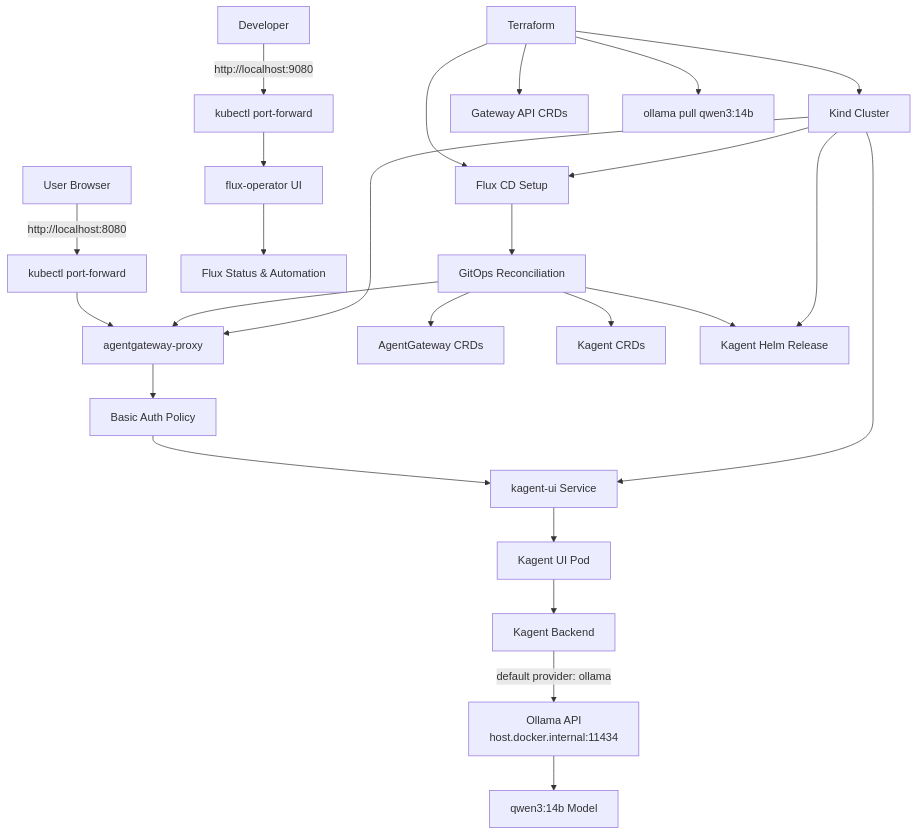
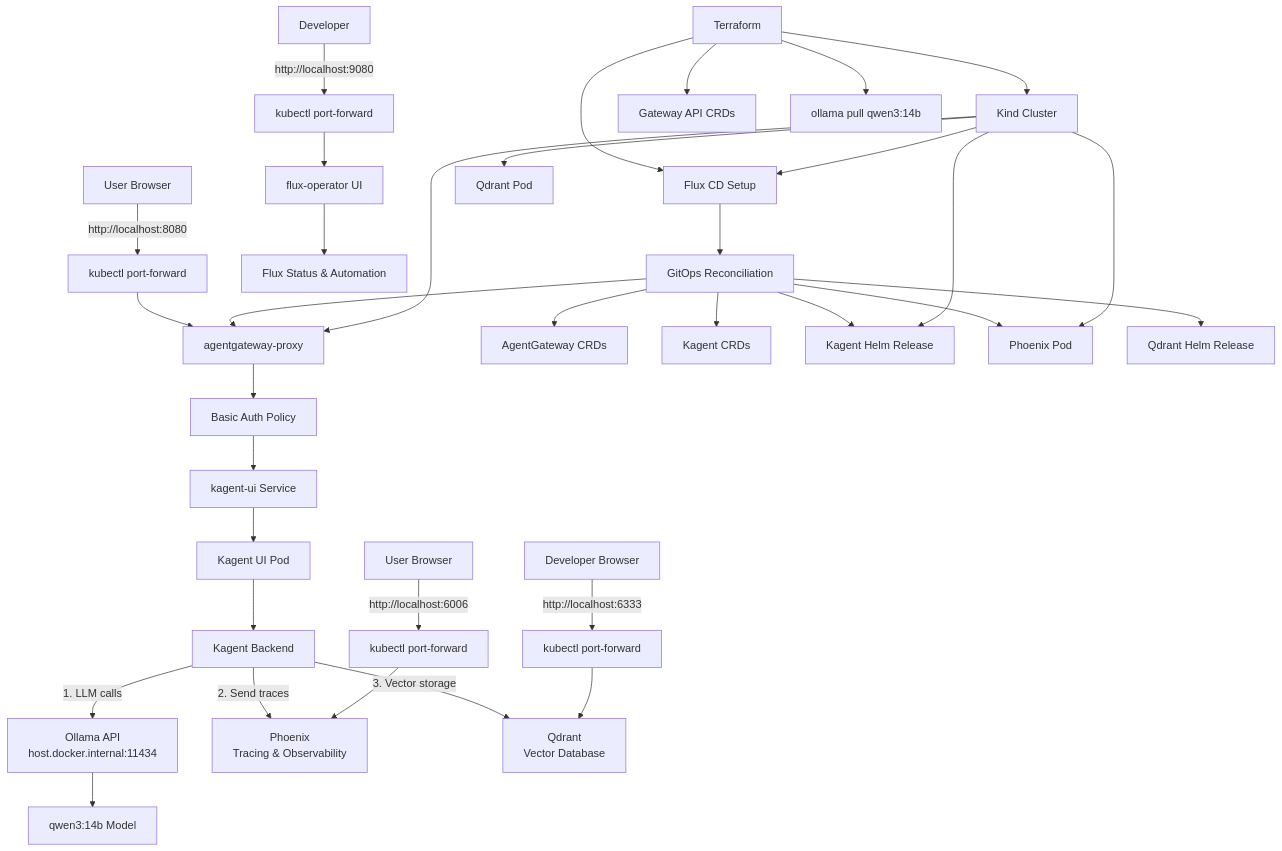
Before and after one commit to yurii-bielodied/Basic_Agentic_Infrastructure: the diagram in README.md, drawn with Mermaid. The commit also changed other lines of this file and 3 other files, not shown here.

Commit message:
docs: add phoenix and qdrant

````diff
--- a/README.md
+++ b/README.md
@@ -126,30 +206,42 @@
 ```mermaid
 flowchart TD
     U[User Browser] -->|http://localhost:8080| PF1[kubectl port-forward]
     PF1 --> AGW[agentgateway-proxy]
     AGW --> AUTH[Basic Auth Policy]
     AUTH --> KAGENT_SVC[kagent-ui Service]
     KAGENT_SVC --> UI[Kagent UI Pod]
     UI --> KAGENT[Kagent Backend]
-    KAGENT -->|default provider: ollama| OLLAMA[Ollama API\nhost.docker.internal:11434]
+
+    KAGENT -->|1. LLM calls| OLLAMA[Ollama API\nhost.docker.internal:11434]
     OLLAMA --> MODEL[qwen3:14b Model]
+
+    KAGENT -->|2. Send traces| PHOENIX[Phoenix\nTracing & Observability]
+    PHOENIX_UI[User Browser] -->|http://localhost:6006| PF_PHOENIX[kubectl port-forward]
+    PF_PHOENIX --> PHOENIX
+
+    KAGENT -->|3. Vector storage| QDRANT[Qdrant\nVector Database]
+    QDRANT_UI[Developer Browser] -->|http://localhost:6333| PF_QDRANT[kubectl port-forward]
+    PF_QDRANT --> QDRANT
 
     U2[Developer] -->|http://localhost:9080| PF2[kubectl port-forward]
     PF2 --> FLUX[flux-operator UI]
     FLUX --> FLUX_STATUS[Flux Status & Automation]
 
     TF[Terraform] --> KIND[Kind Cluster]
     TF --> GWAPI[Gateway API CRDs]
     TF --> FLUX_DEPLOY[Flux CD Setup]
     TF --> OLPULL[ollama pull qwen3:14b]
 
     KIND --> FLUX_DEPLOY
     FLUX_DEPLOY --> GitOps[GitOps Reconciliation]
     GitOps --> AGCRD[AgentGateway CRDs]
     GitOps --> AGW
     GitOps --> KCRD[Kagent CRDs]
     GitOps --> KAGENT_DEPLOY[Kagent Helm Release]
+    GitOps --> PHOENIX_DEPLOY[Phoenix Helm Release]
+    GitOps --> QDRANT_DEPLOY[Qdrant Helm Release]
     KIND --> AGW
     KIND --> KAGENT_DEPLOY
-    KIND --> KAGENT_SVC
+    KIND --> PHOENIX_DEPLOY[Phoenix Pod]
+    KIND --> QDRANT_POD[Qdrant Pod]
 ```
````
